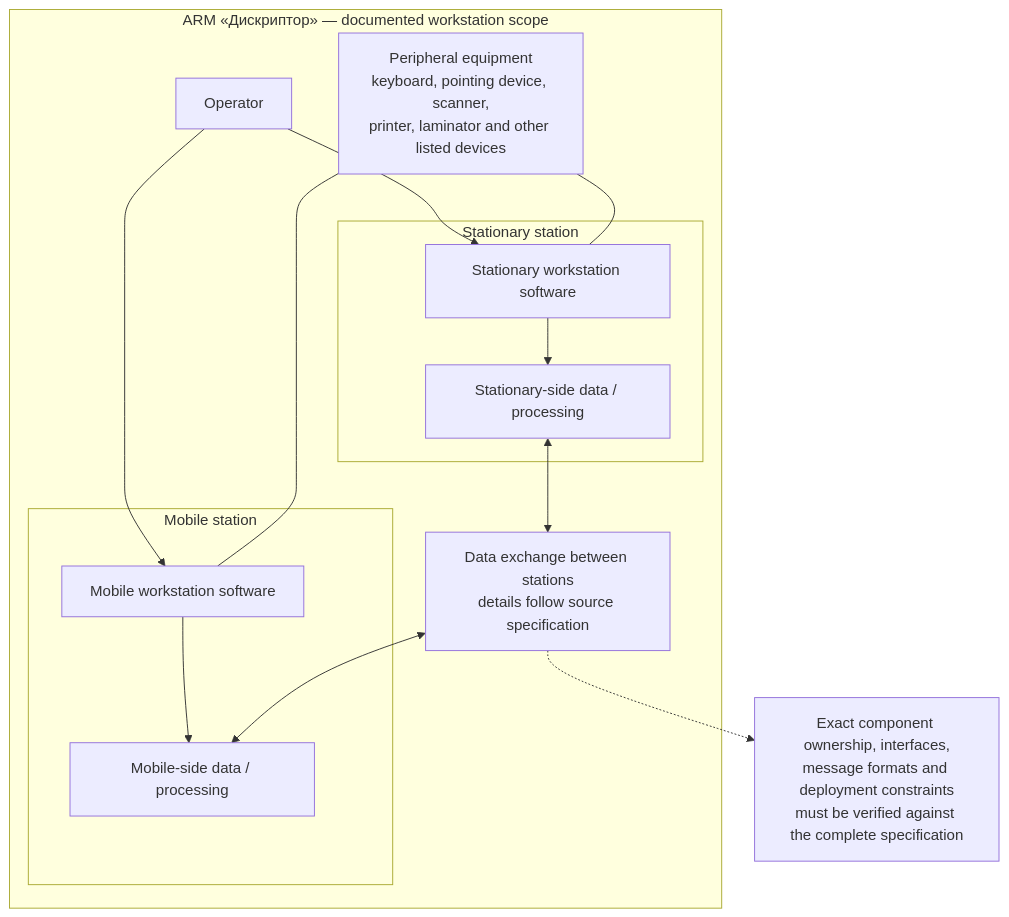
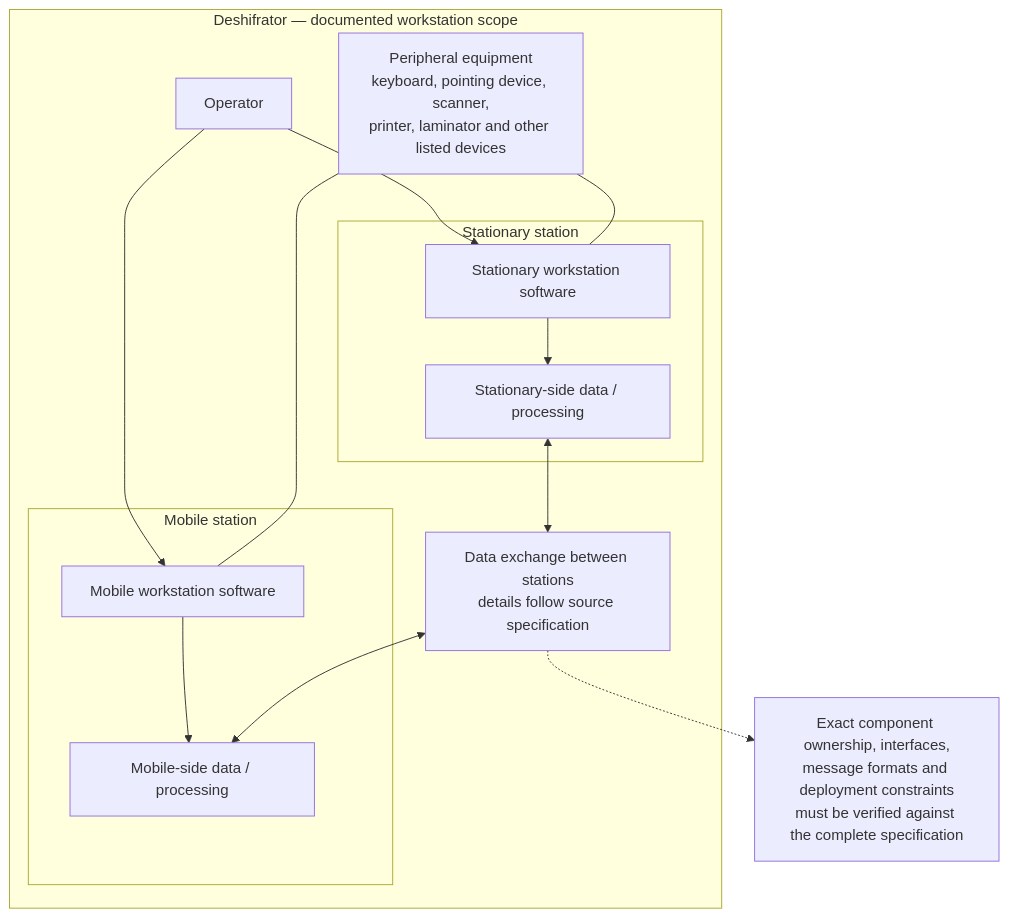
One commit to ekatmoz88-alt/territory-descriptor-unified changed the seventh of 10 diagrams in materials/architecture/README.md. Above: the diagram before and after it, drawn with Mermaid. The commit also changed other lines of this file, not shown here.

Commit message:
Finish Deshifrator naming in architecture catalogue

````diff
--- a/materials/architecture/README.md
+++ b/materials/architecture/README.md
@@ -186,26 +186,26 @@
 ```mermaid
 flowchart TB
   OP["Operator"]
-  subgraph ARM["ARM «Дискриптор» — documented workstation scope"]
+  subgraph DESH["Deshifrator — documented workstation scope"]
     subgraph ST["Stationary station"]
       STUI["Stationary workstation software"]
       STDATA["Stationary-side data / processing"]
     end
     subgraph MOB["Mobile station"]
       MOBUI["Mobile workstation software"]
       MOBDATA["Mobile-side data / processing"]
     end
     EXCHANGE["Data exchange between stations<br/>details follow source specification"]
     HW["Peripheral equipment<br/>keyboard, pointing device, scanner,<br/>printer, laminator and other listed devices"]
     OP --> STUI
     OP --> MOBUI
     STUI --> STDATA
     MOBUI --> MOBDATA
     STDATA <--> EXCHANGE
     EXCHANGE <--> MOBDATA
     HW --- STUI
     HW --- MOBUI
   end
   UNK["Exact component ownership, interfaces,<br/>message formats and deployment constraints<br/>must be verified against the complete specification"]
   EXCHANGE -.-> UNK
 ```
````
